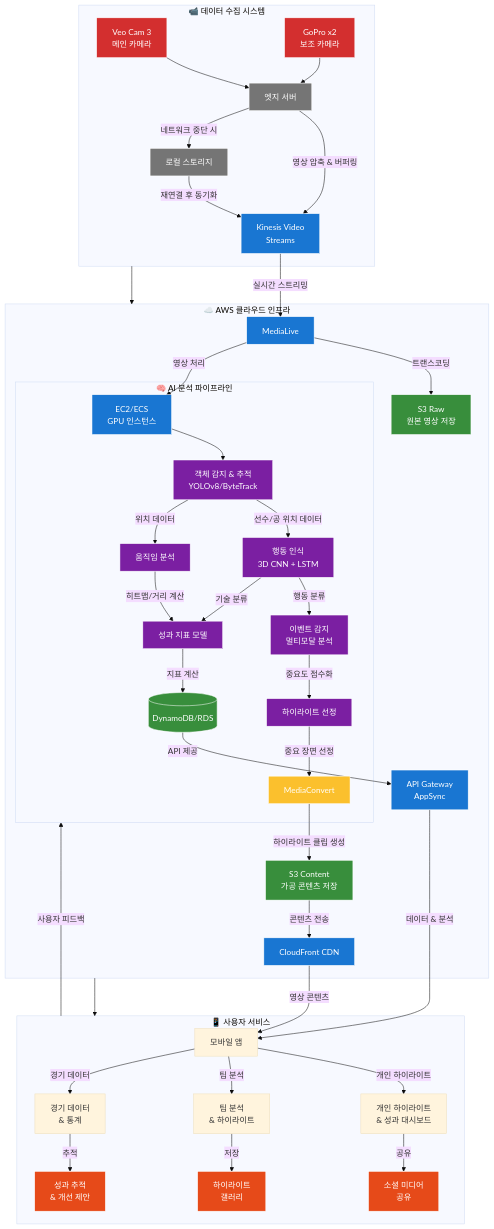
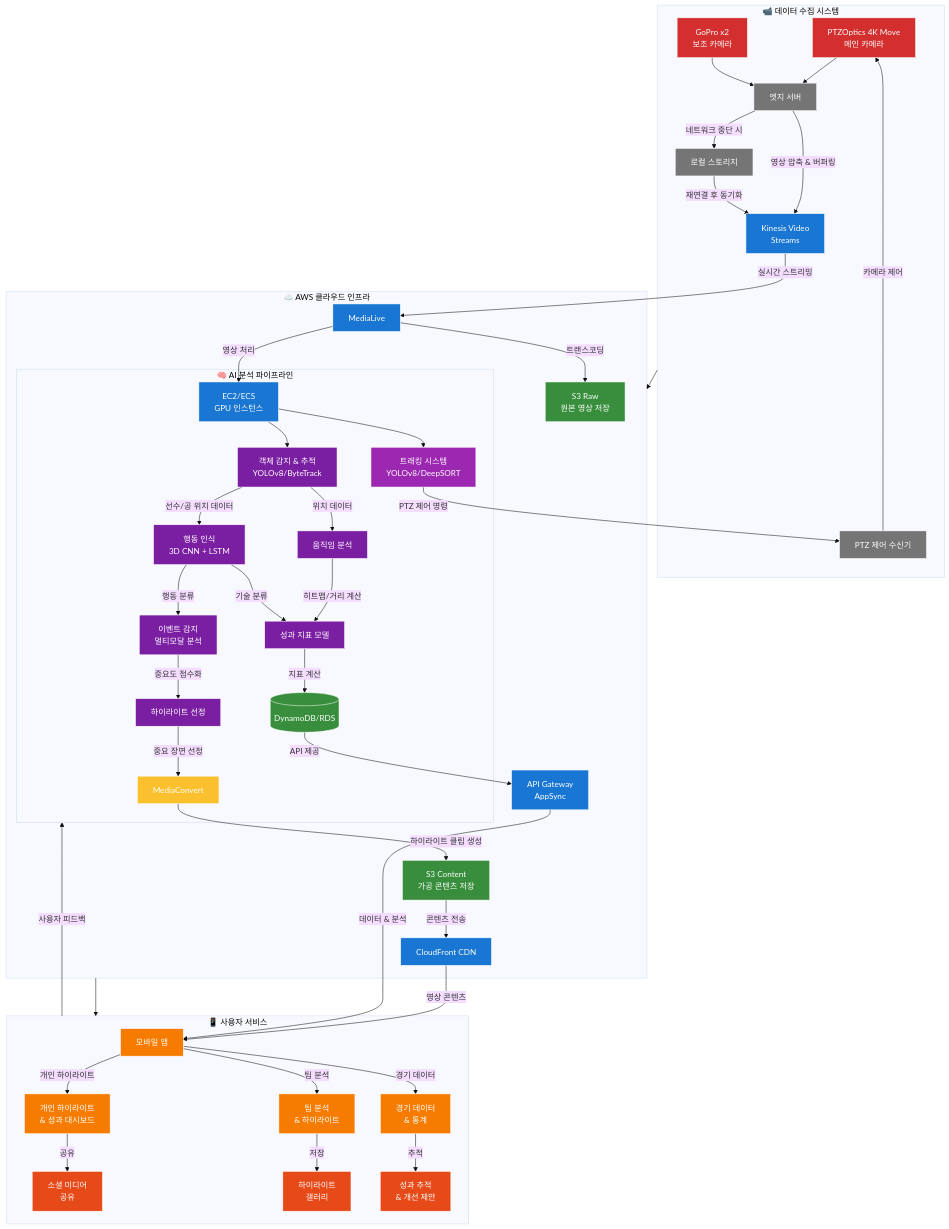
Before and after one commit to Mbt70/ROKAF-Startup-Challenge-Every-futsal-: the first of 4 diagrams in README.md, drawn with Mermaid (base theme). The commit also changed other lines of this file, not shown here.

````diff
--- a/README.md
+++ b/README.md
@@ -174,74 +174,80 @@
 ```mermaid
 flowchart TD
     %% 메인 섹션
     subgraph CS["📹 데이터 수집 시스템"]
-        VC[Veo Cam 3<br>메인 카메라] --> ES
+        PTZ[PTZOptics 4K Move<br>메인 카메라] --> ES
         GP[GoPro x2<br>보조 카메라] --> ES
         ES[엣지 서버] --> |영상 압축 & 버퍼링|KV
         ES --> |네트워크 중단 시|LS[로컬 스토리지]
         LS --> |재연결 후 동기화|KV
+        PTZ_C[PTZ 제어 수신기] --> |카메라 제어|PTZ
     end
 
     subgraph CL["☁️ AWS 클라우드 인프라"]
         KV[Kinesis Video<br>Streams] --> |실시간 스트리밍|ML[MediaLive]
         ML --> |트랜스코딩|S3R[S3 Raw<br>원본 영상 저장]
         ML --> |영상 처리|EC2
         
         subgraph AIP["🧠 AI 분석 파이프라인"]
-            EC2[EC2/ECS<br>GPU 인스턴스] --> OD[객체 감지 & 추적<br>YOLOv8/ByteTrack]
+            EC2[EC2/ECS<br>GPU 인스턴스] --> TR[트래킹 시스템<br>YOLOv8/DeepSORT]
+            TR --> |PTZ 제어 명령|PTZ_C
+            
+            EC2 --> OD[객체 감지 & 추적<br>YOLOv8/ByteTrack]
             OD --> |선수/공 위치 데이터|AR[행동 인식<br>3D CNN + LSTM]
             AR --> |행동 분류|ED[이벤트 감지<br>멀티모달 분석]
             ED --> |중요도 점수화|HL[하이라이트 선정]
             
             OD --> |위치 데이터|MA[움직임 분석]
             MA --> |히트맵/거리 계산|PM[성과 지표 모델]
             AR --> |기술 분류|PM
             
             HL --> |중요 장면 선정|MC[MediaConvert]
             PM --> |지표 계산|DB[(DynamoDB/RDS)]
         end
         
         MC --> |하이라이트 클립 생성|S3C[S3 Content<br>가공 콘텐츠 저장]
         DB --> |API 제공|AG[API Gateway<br>AppSync]
         S3C --> |콘텐츠 전송|CF[CloudFront CDN]
     end
 
     subgraph US["📱 사용자 서비스"]
         CF --> |영상 콘텐츠|AP[모바일 앱]
         AG --> |데이터 & 분석|AP
         
         AP --> |개인 하이라이트|PH[개인 하이라이트<br>& 성과 대시보드]
         AP --> |팀 분석|TA[팀 분석<br>& 하이라이트]
         AP --> |경기 데이터|MD[경기 데이터<br>& 통계]
         
         PH --> |공유|SM[소셜 미디어<br>공유]
         TA --> |저장|HP[하이라이트<br>갤러리]
         MD --> |추적|PT[성과 추적<br>& 개선 제안]
     end
 
     %% 시스템 간 연결
     CS --> CL
     CL --> US
     
     %% 피드백 루프
     US --> |사용자 피드백|AIP
     
     %% 스타일링 (가독성이 좋도록 진한 배경, 흰색 텍스트)
     classDef camera fill:#D32F2F,stroke:#fff,stroke-width:1px, color:#fff
     classDef edge fill:#757575,stroke:#fff,stroke-width:1px, color:#fff
     classDef cloud fill:#1976D2,stroke:#fff,stroke-width:1px, color:#fff
     classDef ai fill:#7B1FA2,stroke:#fff,stroke-width:1px, color:#fff
+    classDef track fill:#9C27B0,stroke:#fff,stroke-width:1px, color:#fff
     classDef storage fill:#388E3C,stroke:#fff,stroke-width:1px, color:#fff
     classDef content fill:#FBC02D,stroke:#fff,stroke-width:1px, color:#fff
     classDef app fill:#F57C00,stroke:#fff,stroke-width:1px, color:#fff
     classDef delivery fill:#E64A19,stroke:#fff,stroke-width:1px, color:#fff
     
-    class VC,GP camera
-    class ES,LS edge
+    class PTZ,GP camera
+    class ES,LS,PTZ_C edge
     class KV,ML,EC2,AG,CF cloud
+    class TR track
     class OD,AR,ED,HL,MA,PM ai
     class S3R,S3C,DB storage
     class MC content
-    class AP,PH,TA,MD appapp
+    class AP,PH,TA,MD app
     class SM,HP,PT delivery
 ```
````
